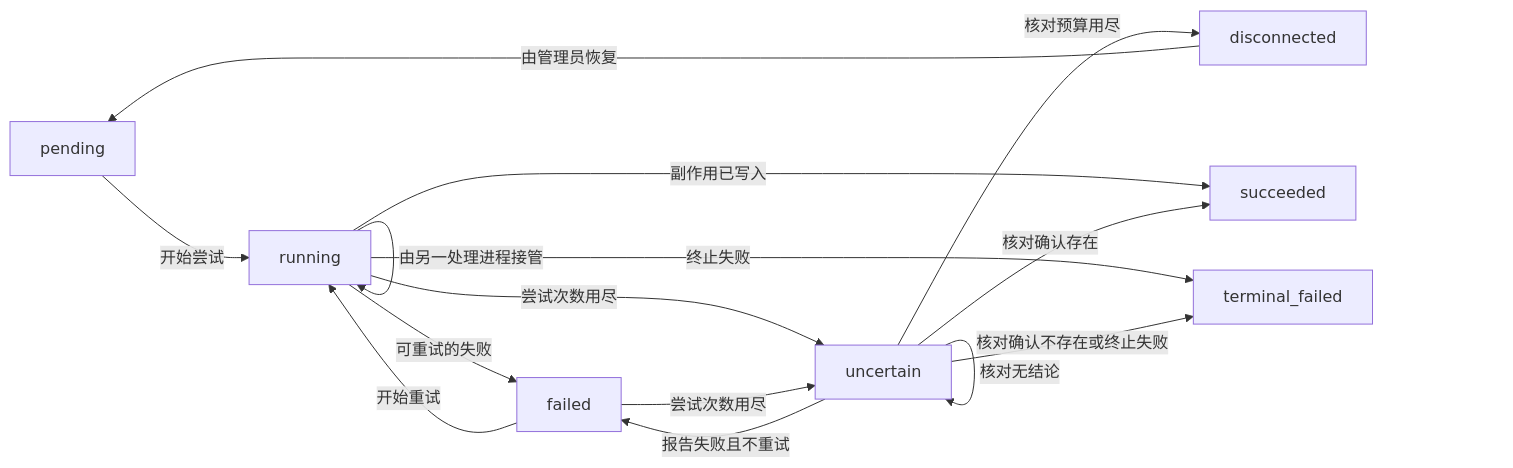
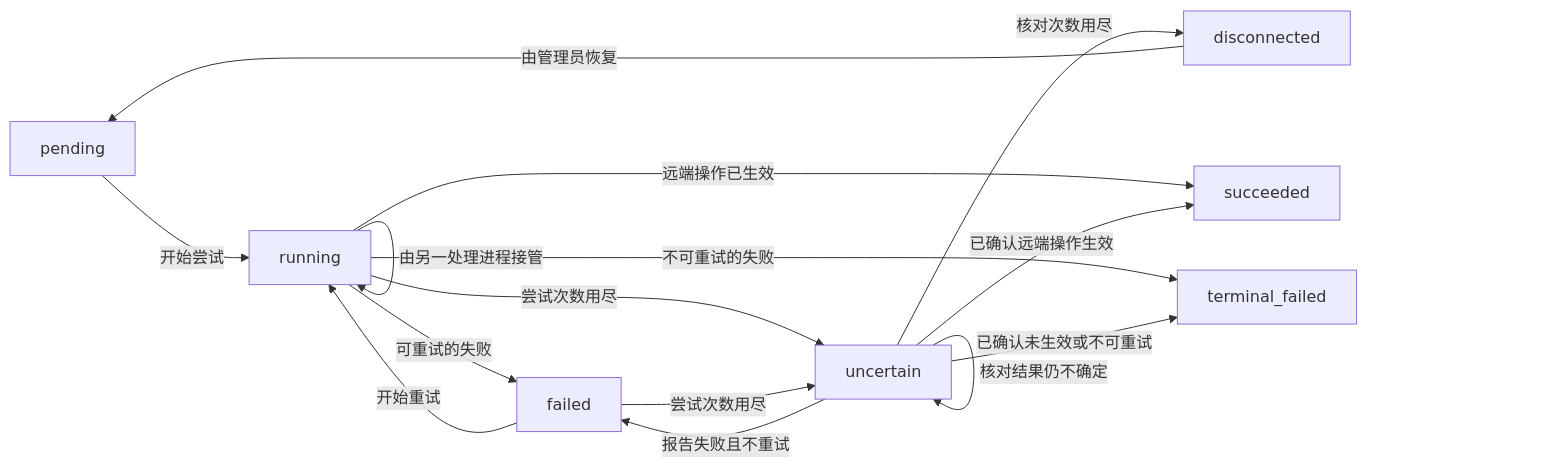
One commit to Agent-AI-Chalmers/sec-review-bot changed the fourth of 4 diagrams in contracts/review-runs-api/v1/STATE_MACHINES.zh.md. Above: the diagram before and after it, drawn with Mermaid. The commit also changed other lines of this file and 5 other files, not shown here.

````diff
--- a/contracts/review-runs-api/v1/STATE_MACHINES.zh.md
+++ b/contracts/review-runs-api/v1/STATE_MACHINES.zh.md
@@ -179,24 +179,24 @@
 ```mermaid
 flowchart LR
   publication_step_pending["pending"]
   publication_step_running["running"]
   publication_step_failed["failed"]
   publication_step_uncertain["uncertain"]
   publication_step_disconnected["disconnected"]
   publication_step_succeeded["succeeded"]
   publication_step_terminal_failed["terminal_failed"]
   publication_step_pending -->|"开始尝试"| publication_step_running
   publication_step_running -->|"由另一处理进程接管"| publication_step_running
   publication_step_failed -->|"开始重试"| publication_step_running
-  publication_step_running -->|"副作用已写入"| publication_step_succeeded
+  publication_step_running -->|"远端操作已生效"| publication_step_succeeded
   publication_step_running -->|"可重试的失败"| publication_step_failed
-  publication_step_running -->|"终止失败"| publication_step_terminal_failed
+  publication_step_running -->|"不可重试的失败"| publication_step_terminal_failed
   publication_step_running -->|"尝试次数用尽"| publication_step_uncertain
   publication_step_failed -->|"尝试次数用尽"| publication_step_uncertain
-  publication_step_uncertain -->|"核对确认存在"| publication_step_succeeded
-  publication_step_uncertain -->|"核对确认不存在或终止失败"| publication_step_terminal_failed
-  publication_step_uncertain -->|"核对无结论"| publication_step_uncertain
-  publication_step_uncertain -->|"核对预算用尽"| publication_step_disconnected
+  publication_step_uncertain -->|"已确认远端操作生效"| publication_step_succeeded
+  publication_step_uncertain -->|"已确认未生效或不可重试"| publication_step_terminal_failed
+  publication_step_uncertain -->|"核对结果仍不确定"| publication_step_uncertain
+  publication_step_uncertain -->|"核对次数用尽"| publication_step_disconnected
   publication_step_uncertain -->|"报告失败且不重试"| publication_step_failed
   publication_step_disconnected -->|"由管理员恢复"| publication_step_pending
 ```
````
